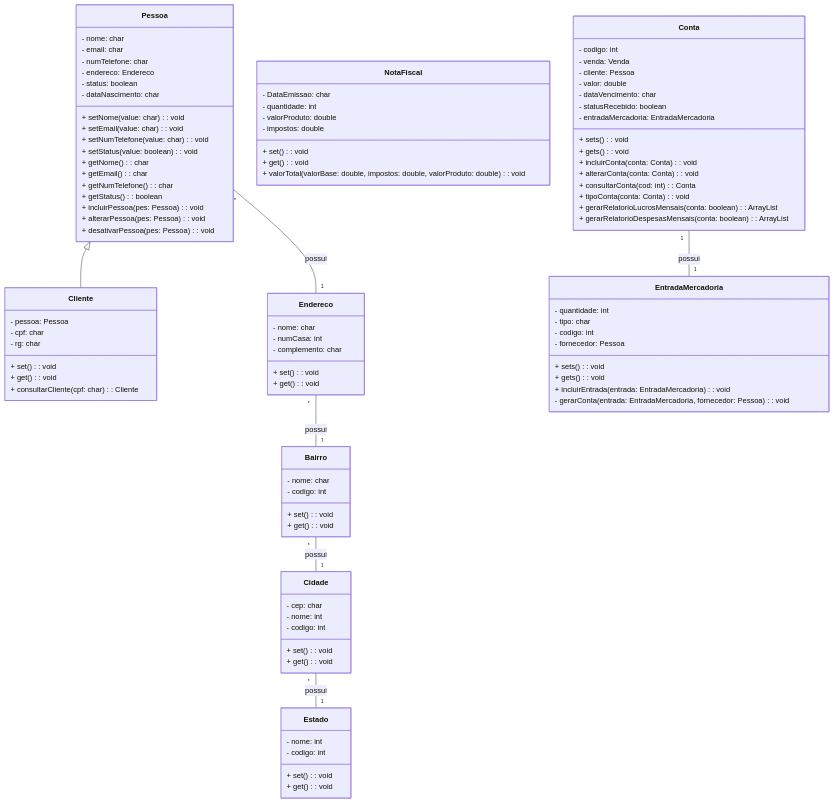
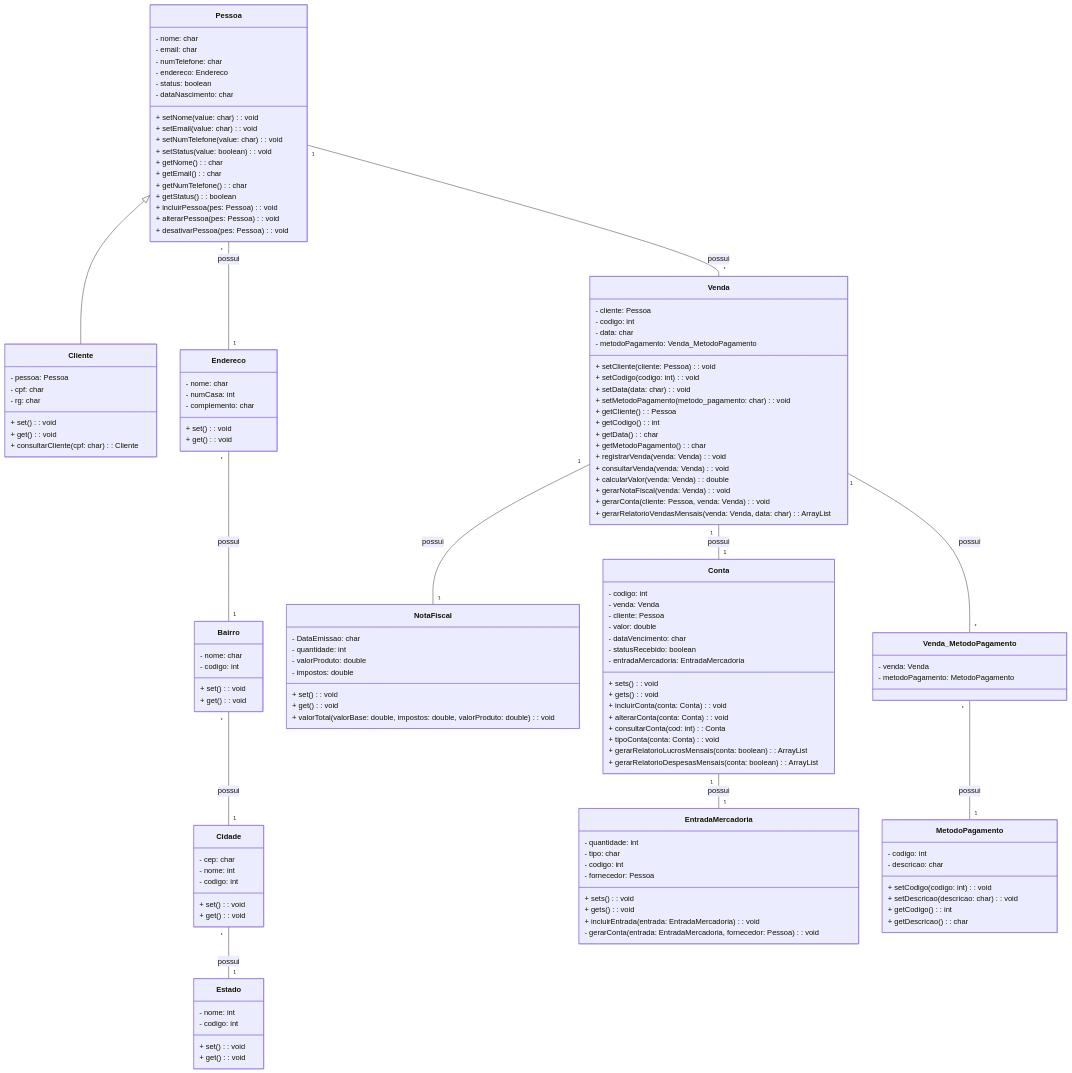
One commit to melquetrindade/sigQueijaria changed the first of 2 diagrams in doc-modelos.md. Above: the diagram before and after it, drawn with Mermaid.

Commit message:
Update doc-modelos.md #4

```diff
--- a/doc-modelos.md
+++ b/doc-modelos.md
@@ -117,8 +117,49 @@
     + gerarRelatorioDespesasMensais(conta: boolean): ArrayList
   }
 
+class Venda {
+  - cliente: Pessoa
+  - codigo: int
+  - data: char
+  - metodoPagamento: Venda_MetodoPagamento
+
+  + setCliente(cliente: Pessoa): void
+  + setCodigo(codigo: int): void
+  + setData(data: char): void
+  + setMetodoPagamento(metodo_pagamento: char): void
+  + getCliente(): Pessoa
+  + getCodigo(): int
+  + getData(): char
+  + getMetodoPagamento(): char
+  + registrarVenda(venda: Venda): void
+  + consultarVenda(venda: Venda): void
+  + calcularValor(venda: Venda): double
+  + gerarNotaFiscal(venda: Venda): void
+  + gerarConta(cliente: Pessoa, venda: Venda): void
+  + gerarRelatorioVendasMensais(venda: Venda, data: char): ArrayList
+}
+
+class Venda_MetodoPagamento {
+  - venda: Venda
+  - metodoPagamento: MetodoPagamento
+}
+
+class MetodoPagamento {
+  - codigo: int
+  - descricao: char
+
+  + setCodigo(codigo: int): void
+  + setDescricao(descricao: char): void
+  + getCodigo(): int
+  + getDescricao(): char
+}
 
   Pessoa "*" -- "1" Endereco : possui
+  Pessoa "1" -- "*" Venda : possui
+  Venda "1" -- "1" Conta : possui
+  Venda "1" -- "1" NotaFiscal : possui
+  Venda "1" -- "*" Venda_MetodoPagamento : possui
+  Venda_MetodoPagamento "*" -- "1" MetodoPagamento : possui
   Pessoa <|-- Cliente
   Endereco "*" -- "1" Bairro : possui
   Bairro "*" -- "1" Cidade : possui
```
